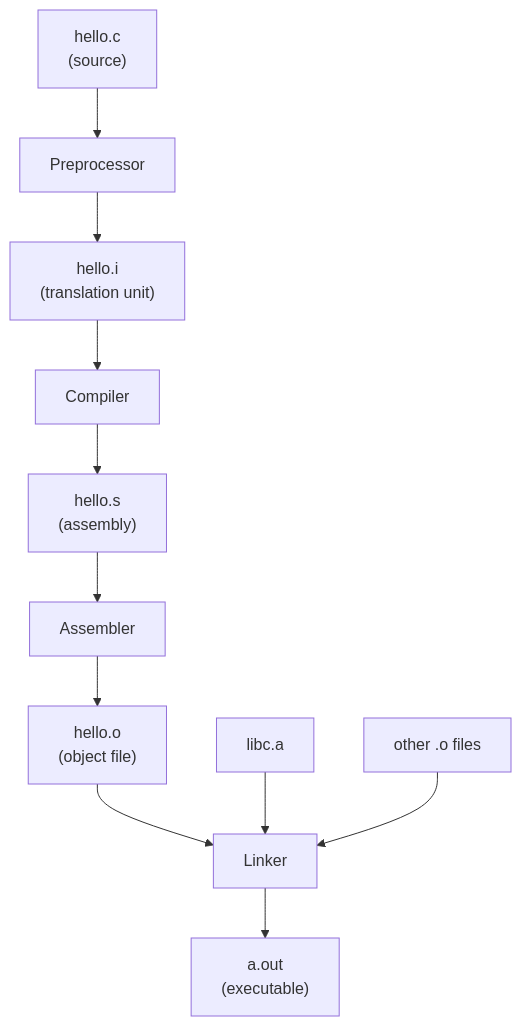
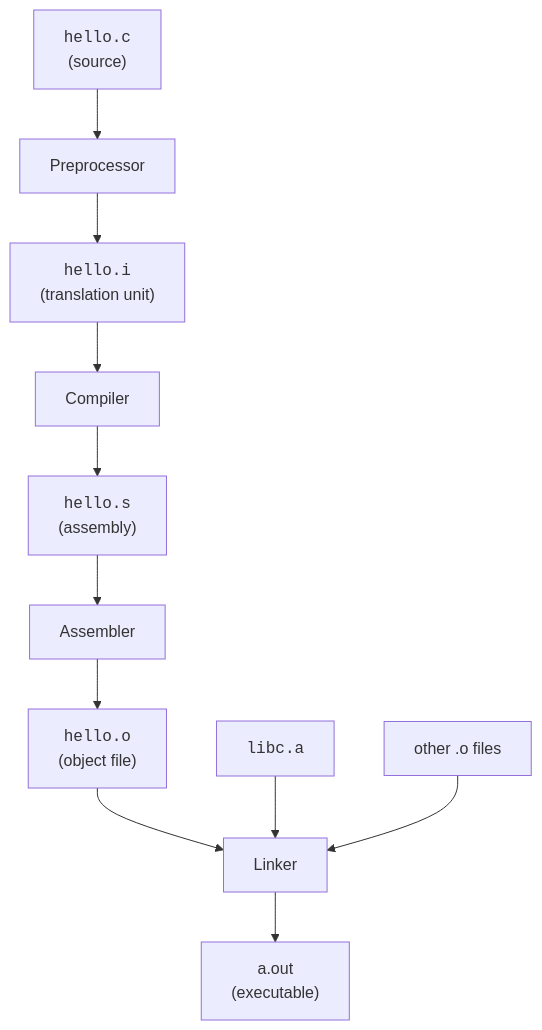
Before and after one commit to dataslope/dataslope: the diagram in content/learn/systems-programming-c/c-toolchain.mdx, drawn with Mermaid. The commit also changed 100 other files, not shown here.

First line of the commit message:
Wrap more code in diagram labels: filenames, hex, assignments, subgraph titles

````diff
--- a/content/learn/systems-programming-c/c-toolchain.mdx
+++ b/content/learn/systems-programming-c/c-toolchain.mdx
@@ -14,13 +14,13 @@
 ```mermaid
 flowchart TD
-    A["hello.c<br/>(source)"] --> B[Preprocessor]
-    B --> C["hello.i<br/>(translation unit)"]
+    A["<code>hello.c</code><br/>(source)"] --> B[Preprocessor]
+    B --> C["<code>hello.i</code><br/>(translation unit)"]
     C --> D[Compiler]
-    D --> E["hello.s<br/>(assembly)"]
+    D --> E["<code>hello.s</code><br/>(assembly)"]
     E --> F[Assembler]
-    F --> G["hello.o<br/>(object file)"]
+    F --> G["<code>hello.o</code><br/>(object file)"]
     G --> H[Linker]
-    I["libc.a"] --> H
+    I["<code>libc.a</code>"] --> H
     J["other .o files"] --> H
     H --> K["a.out<br/>(executable)"]
 ```
````
